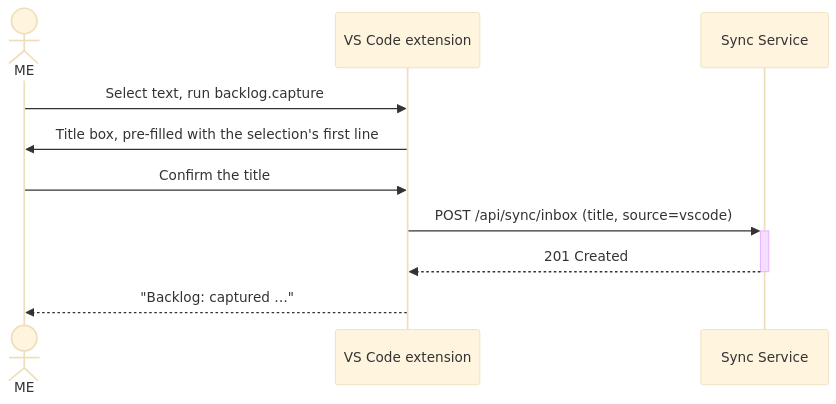
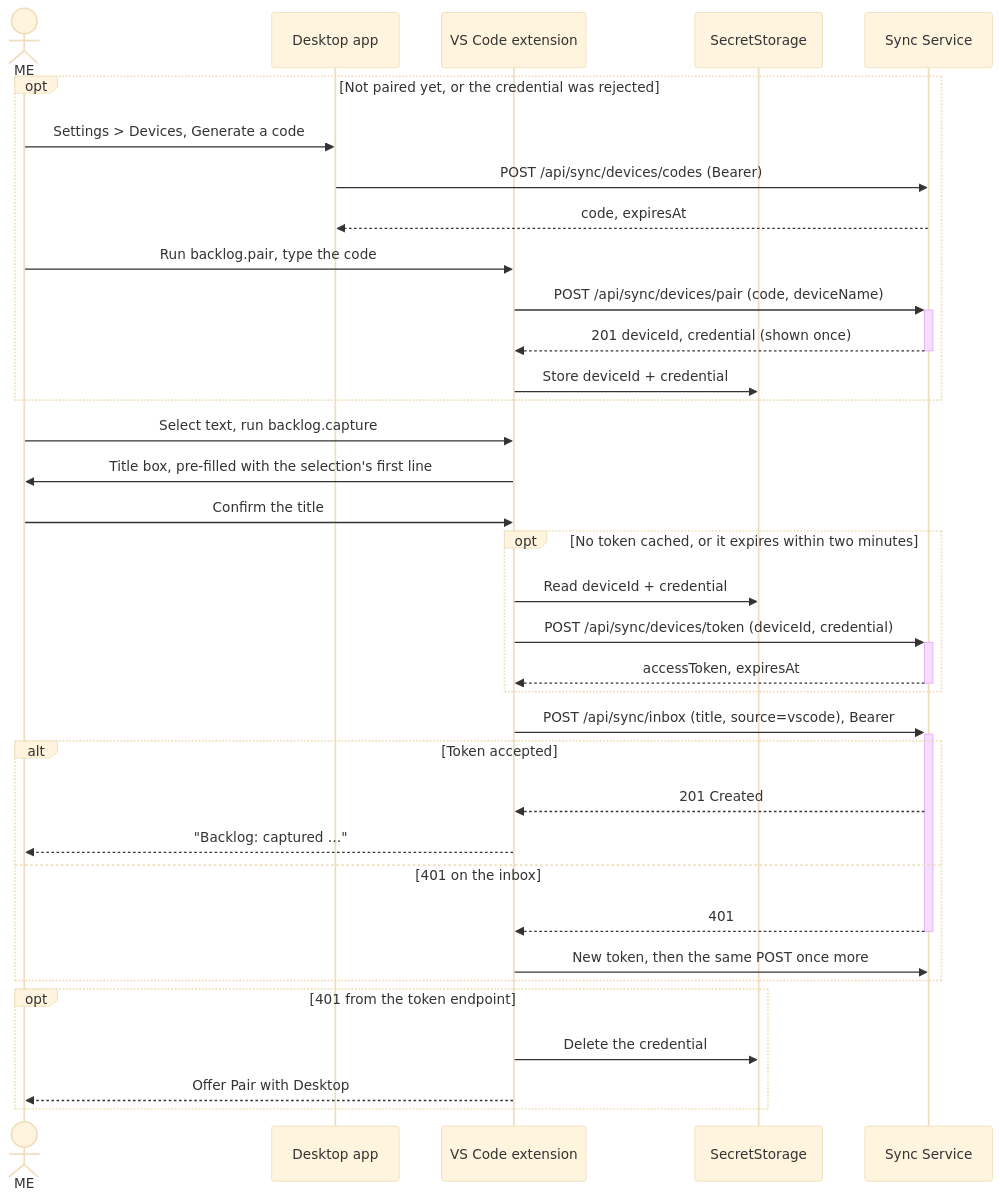
The tenth of 14 diagrams in .devbook/arc42/06-runtime-view.md (JSdotNet/Backlog), drawn with Mermaid (base theme) before and after one commit. The commit also changed other lines of this file and 8 other files, not shown here.

First line of the commit message:
fix(vscode): pair the extension so inbox calls carry a bearer token

````diff
--- a/.devbook/arc42/06-runtime-view.md
+++ b/.devbook/arc42/06-runtime-view.md
@@ -483,13 +483,39 @@
 ```mermaid
 sequenceDiagram
     actor ME
+    participant Desk as Desktop app
     participant Ext as VS Code extension
+    participant Secrets as SecretStorage
     participant Sync as Sync Service
+
+    opt Not paired yet, or the credential was rejected
+        ME->>Desk: Settings > Devices, Generate a code
+        Desk->>Sync: POST /api/sync/devices/codes (Bearer)
+        Sync-->>Desk: code, expiresAt
+        ME->>Ext: Run backlog.pair, type the code
+        Ext->>+Sync: POST /api/sync/devices/pair (code, deviceName)
+        Sync-->>-Ext: 201 deviceId, credential (shown once)
+        Ext->>Secrets: Store deviceId + credential
+    end
 
     ME->>Ext: Select text, run backlog.capture
     Ext->>ME: Title box, pre-filled with the selection's first line
     ME->>Ext: Confirm the title
-    Ext->>+Sync: POST /api/sync/inbox (title, source=vscode)
-    Sync-->>-Ext: 201 Created
-    Ext-->>ME: "Backlog: captured …"
+    opt No token cached, or it expires within two minutes
+        Ext->>Secrets: Read deviceId + credential
+        Ext->>+Sync: POST /api/sync/devices/token (deviceId, credential)
+        Sync-->>-Ext: accessToken, expiresAt
+    end
+    Ext->>+Sync: POST /api/sync/inbox (title, source=vscode), Bearer
+    alt Token accepted
+        Sync-->>Ext: 201 Created
+        Ext-->>ME: "Backlog: captured …"
+    else 401 on the inbox
+        Sync-->>-Ext: 401
+        Ext->>Sync: New token, then the same POST once more
+    end
+    opt 401 from the token endpoint
+        Ext->>Secrets: Delete the credential
+        Ext-->>ME: Offer Pair with Desktop
+    end
 ```
````
